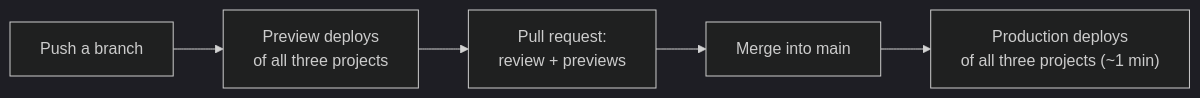
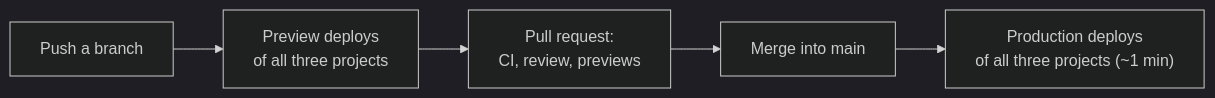
The diagram in docs/deployment.md (transportmozambique/Transport-Mozambique), drawn with Mermaid (dark theme) before and after one commit. The commit also changed other lines of this file and 68 other files, not shown here.

````diff
--- a/docs/deployment.md
+++ b/docs/deployment.md
@@ -23,7 +25,7 @@
 ```mermaid
 flowchart LR
   B["Push a branch"] --> P["Preview deploys<br/>of all three projects"]
-  P --> R["Pull request:<br/>review + previews"]
+  P --> R["Pull request:<br/>CI, review, previews"]
   R --> M["Merge into main"]
   M --> D["Production deploys<br/>of all three projects (~1 min)"]
 ```
````
